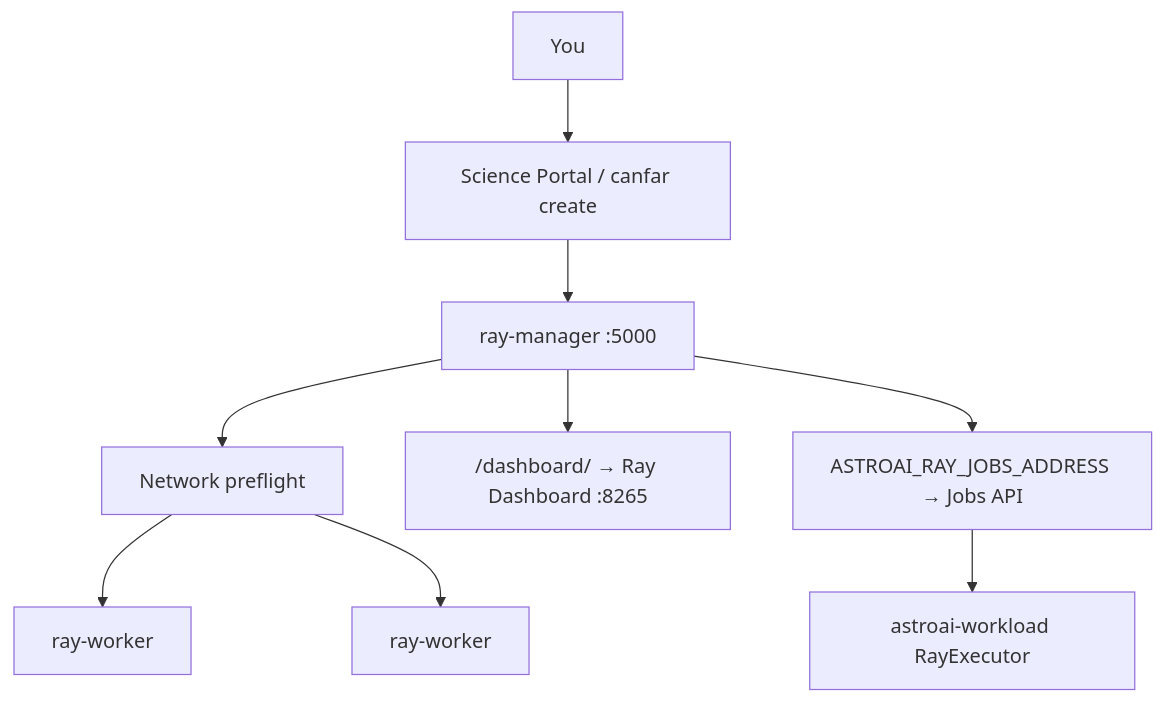
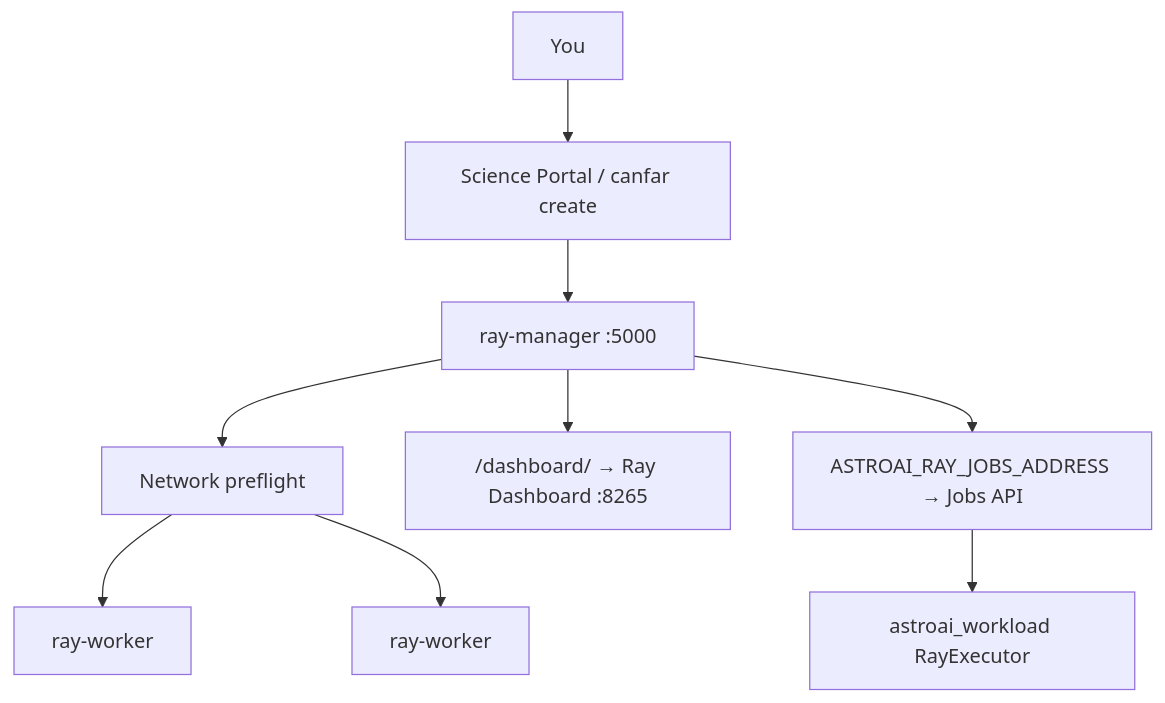
Before and after one commit to astroai/astroai-containers: the first of 2 diagrams in docs/RAY.md, drawn with Mermaid. The commit also changed other lines of this file and 59 other files, not shown here.

First line of the commit message:
Install one astroai CLI from lab and drop the workload lock.

````diff
--- a/docs/RAY.md
+++ b/docs/RAY.md
@@ -8,11 +8,11 @@
 ```mermaid
 flowchart TB
   User[You] --> Portal["Science Portal / canfar create"]
   Portal --> Mgr["ray-manager :5000"]
   Mgr --> Pref[Network preflight]
   Pref --> W1[ray-worker]
   Pref --> W2[ray-worker]
   Mgr --> Dash["/dashboard/ → Ray Dashboard :8265"]
   Mgr --> Jobs["ASTROAI_RAY_JOBS_ADDRESS → Jobs API"]
-  Jobs --> WL["astroai-workload RayExecutor"]
+  Jobs --> WL["astroai_workload RayExecutor"]
 ```
````
